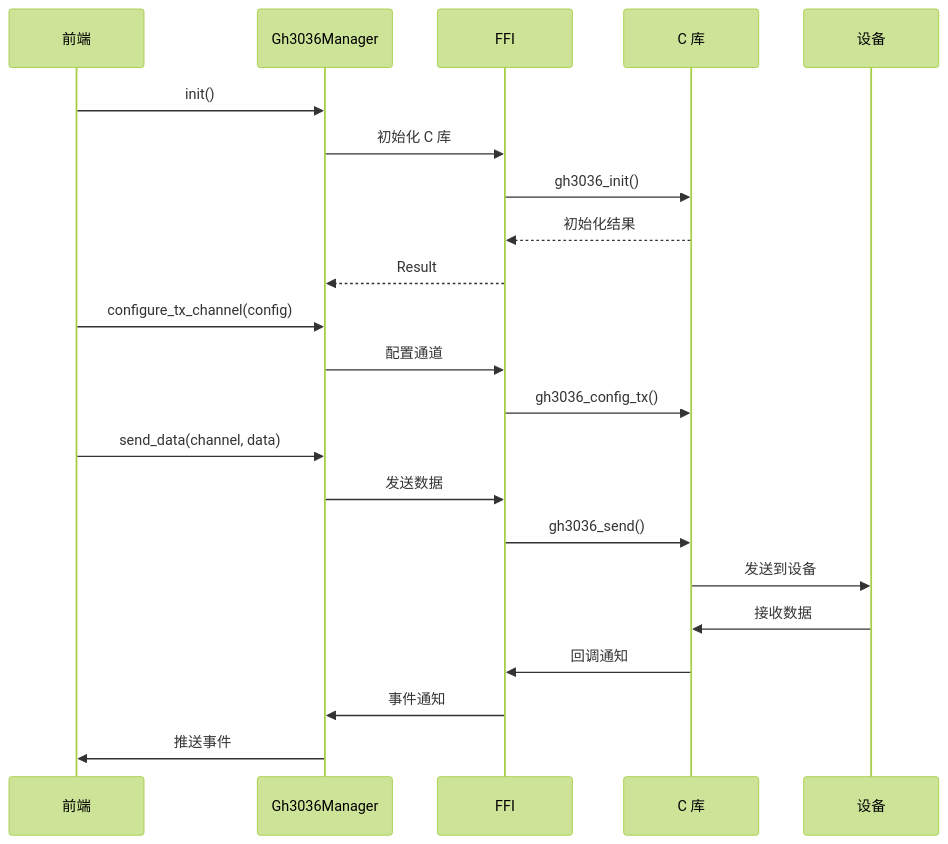
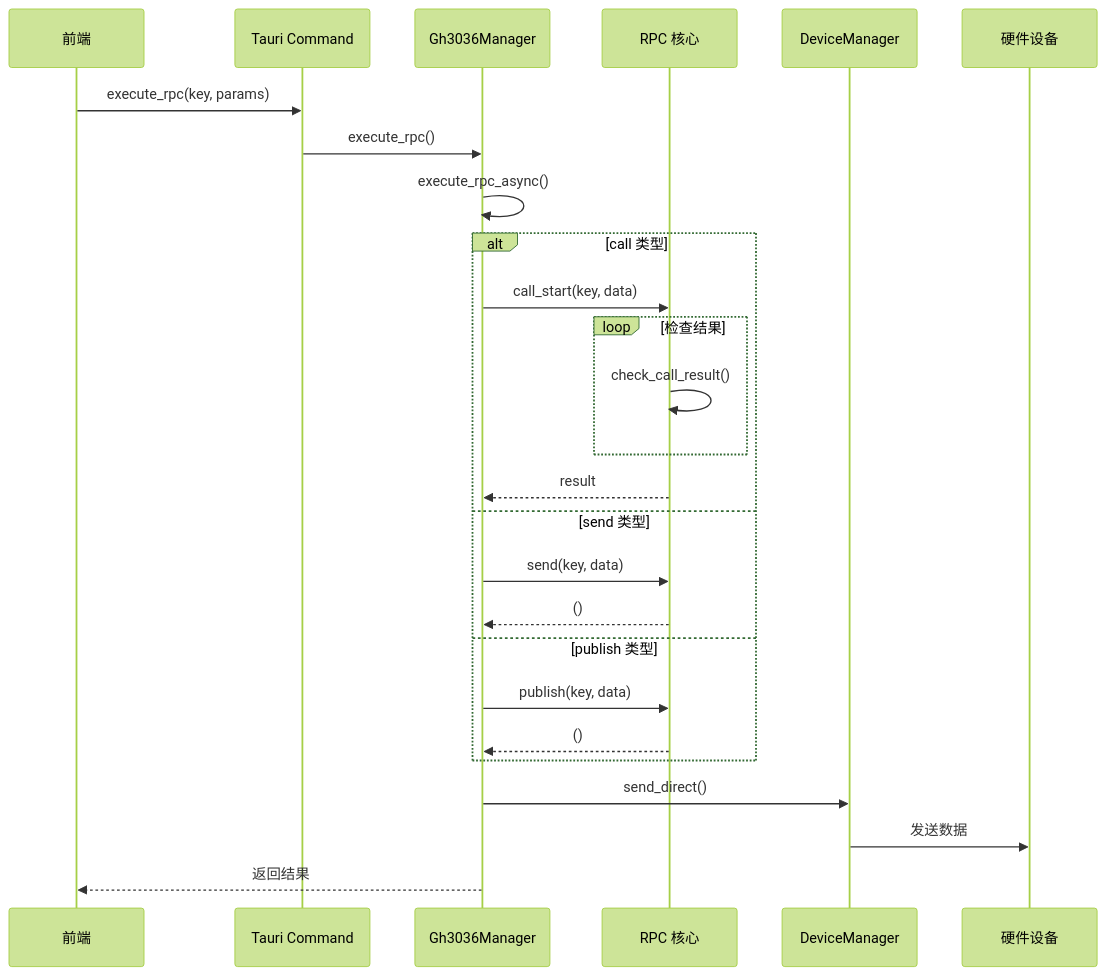
The third of 4 diagrams in docs/architecture/backend/gh3036-module.md (XiaoPb/combridge), drawn with Mermaid (forest theme) before and after one commit. The commit also changed other lines of this file and 1 other file, not shown here.

````diff
--- a/docs/architecture/backend/gh3036-module.md
+++ b/docs/architecture/backend/gh3036-module.md
@@ -202,28 +115,31 @@
 ```mermaid
 sequenceDiagram
-    participant UI as 前端
+    participant FE as 前端
+    participant API as Tauri Command
     participant GM as Gh3036Manager
-    participant FFI as FFI
-    participant CLib as C 库
-    participant Device as 设备
+    participant RPC as RPC 核心
+    participant DM as DeviceManager
+    participant HW as 硬件设备
+
+    FE->>API: execute_rpc(key, params)
+    API->>GM: execute_rpc()
+    GM->>GM: execute_rpc_async()
     
-    UI->>GM: init()
-    GM->>FFI: 初始化 C 库
-    FFI->>CLib: gh3036_init()
-    CLib-->>FFI: 初始化结果
-    FFI-->>GM: Result
+    alt call 类型
+        GM->>RPC: call_start(key, data)
+        loop 检查结果
+            RPC->>RPC: check_call_result()
+        end
+        RPC-->>GM: result
+    else send 类型
+        GM->>RPC: send(key, data)
+        RPC-->>GM: ()
+    else publish 类型
+        GM->>RPC: publish(key, data)
+        RPC-->>GM: ()
+    end
     
-    UI->>GM: configure_tx_channel(config)
-    GM->>FFI: 配置通道
-    FFI->>CLib: gh3036_config_tx()
-    
-    UI->>GM: send_data(channel, data)
-    GM->>FFI: 发送数据
-    FFI->>CLib: gh3036_send()
-    CLib->>Device: 发送到设备
-    
-    Device->>CLib: 接收数据
-    CLib->>FFI: 回调通知
-    FFI->>GM: 事件通知
-    GM->>UI: 推送事件
+    GM->>DM: send_direct()
+    DM->>HW: 发送数据
+    GM-->>FE: 返回结果
 ```
````
